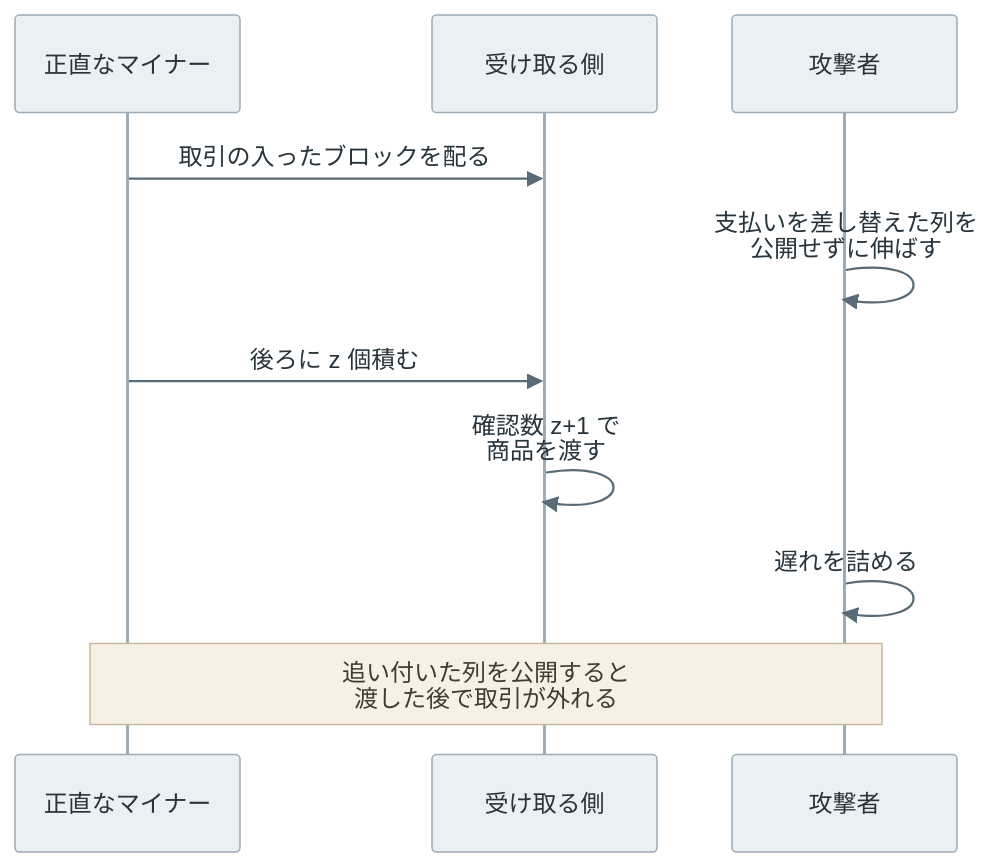
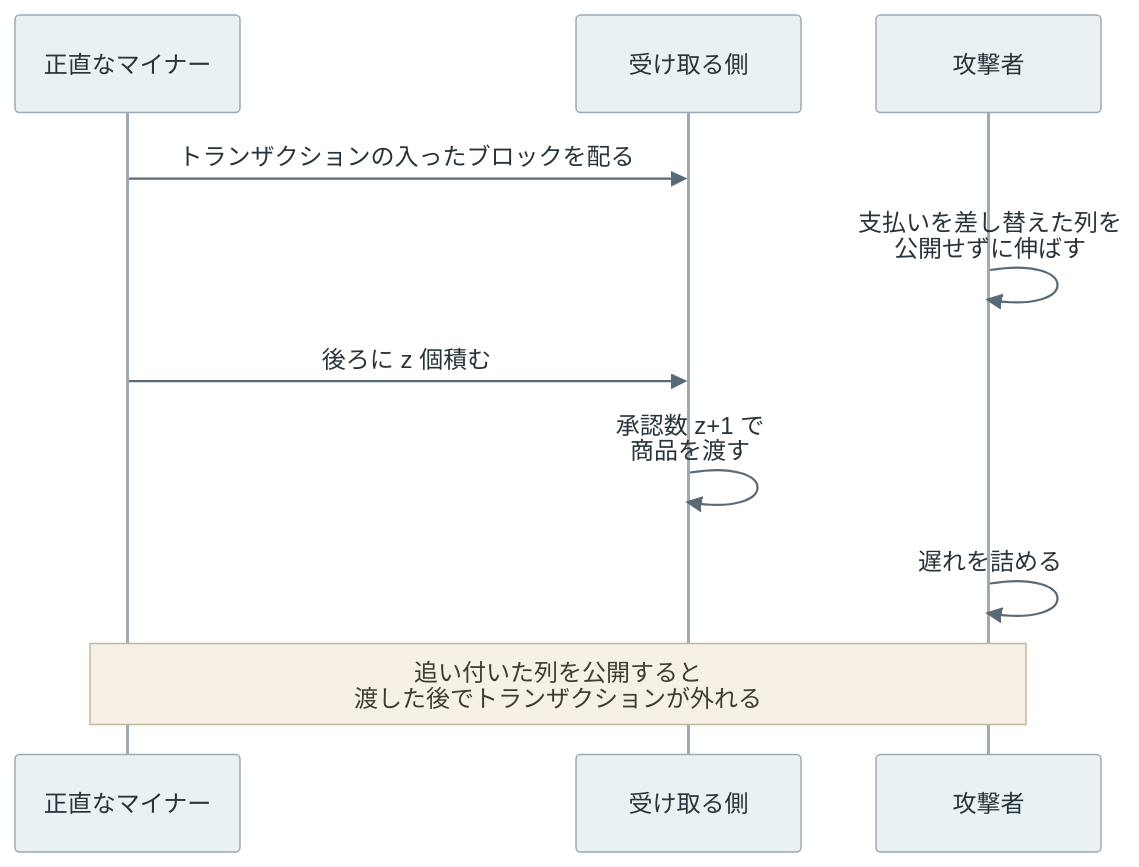
Before and after one commit to nao1215/debimate: the fourth of 8 diagrams in content/notes/blockchain-systems/finality/index.md, drawn with Mermaid. The commit also changed other lines of this file and 129 other files, not shown here.

````diff
--- a/content/notes/blockchain-systems/finality/index.md
+++ b/content/notes/blockchain-systems/finality/index.md
@@ -97,13 +97,13 @@
 ```mermaid
 %%{init: {"theme":"base","themeVariables":{"primaryColor":"#eaf1f5","primaryTextColor":"#28343b","primaryBorderColor":"#9cabb5","lineColor":"#596b76","textColor":"#28343b","actorBkg":"#eaf1f5","actorBorder":"#9cabb5","actorTextColor":"#28343b","actorLineColor":"#9cabb5","signalColor":"#596b76","signalTextColor":"#28343b","noteBkgColor":"#f7f1e5","noteBorderColor":"#c5b99b","noteTextColor":"#403c32","activationBkgColor":"#edf3ef","activationBorderColor":"#9aafa1"}}}%%
 sequenceDiagram
     participant H as 正直なマイナー
     participant R as 受け取る側
     participant Q as 攻撃者
-    H->>R: 取引の入ったブロックを配る
+    H->>R: トランザクションの入ったブロックを配る
     Q->>Q: 支払いを差し替えた列を<br/>公開せずに伸ばす
     H->>R: 後ろに z 個積む
-    R->>R: 確認数 z+1 で<br/>商品を渡す
+    R->>R: 承認数 z+1 で<br/>商品を渡す
     Q->>Q: 遅れを詰める
-    Note over H,Q: 追い付いた列を公開すると<br/>渡した後で取引が外れる
+    Note over H,Q: 追い付いた列を公開すると<br/>渡した後でトランザクションが外れる
 ```
````
